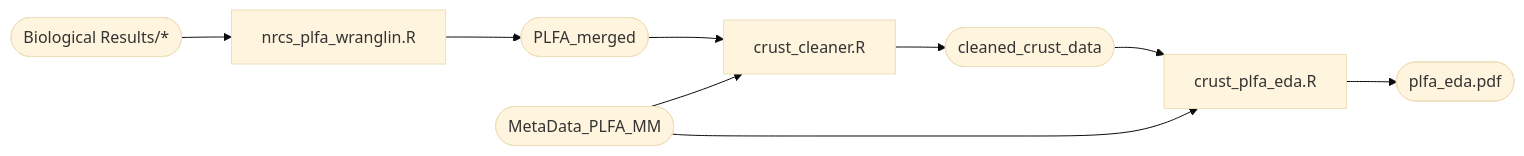
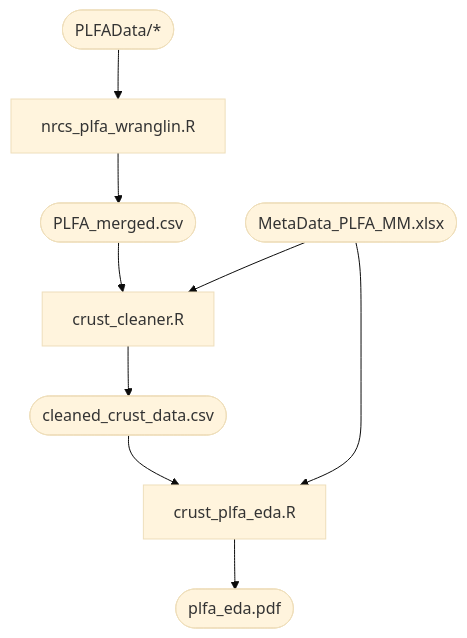
Before and after one commit to dbioinfo/nrcs: the diagram in README.md, drawn with Mermaid (base theme). The commit also changed other lines of this file and 2 other files, not shown here.

Commit message:
more docs

````diff
--- a/README.md
+++ b/README.md
@@ -5,11 +9,11 @@
 ```mermaid
-flowchart LR
-    A([PLFA_merged]) --> B[crust_cleaner.R]
-    C([MetaData_PLFA_MM]) --> B
-    B --> D([cleaned_crust_data])
+flowchart TD
+    A([PLFA_merged.csv]) --> B[crust_cleaner.R]
+    C([MetaData_PLFA_MM.xlsx]) --> B
+    B --> D([cleaned_crust_data.csv])
     D --> E[crust_plfa_eda.R]
     C --> E
     E --> F([plfa_eda.pdf])
-    G([Biological Results/*]) --> H[nrcs_plfa_wranglin.R]
+    G([PLFAData/*]) --> H[nrcs_plfa_wranglin.R]
     H --> A
 ```
````
